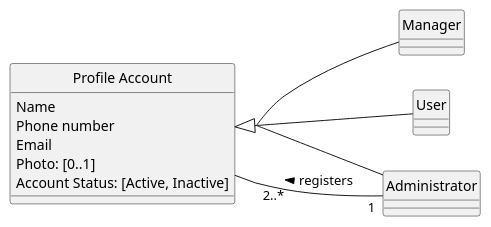
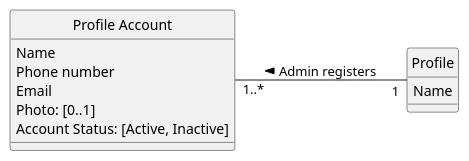
The diagram in docs/modelling_design/user_stories/us002/US002_RegisterUserDMD.puml (ivo-menezes/project_g3), drawn with PlantUML before and after one commit. The commit also changed 4 other files, not shown here.

```diff
--- a/docs/modelling_design/user_stories/us002/US002_RegisterUserDMD.puml
+++ b/docs/modelling_design/user_stories/us002/US002_RegisterUserDMD.puml
@@ -1,21 +1,20 @@
 @startuml
 skinparam style strictuml
 left to right direction
 skinparam groupInheritance 3
 
- class "Profile Account" as Profile {
+ class "Profile Account" {
    Name
    Phone number
    Email
    Photo: [0..1]
    'the [0..1] in Photo indicates an optional value, see Craig 2004, p.121
    Account Status: [Active, Inactive]
  }
 
-Profile <|-- Manager
-Profile <|-- User
-Profile <|-- Administrator
+ class Profile {
+ Name
+ }
 
-Administrator "1" -- "2..*" Profile: registers >
-
+"Profile Account" "1..*" -- "1" Profile: Admin registers <
 @enduml
```
